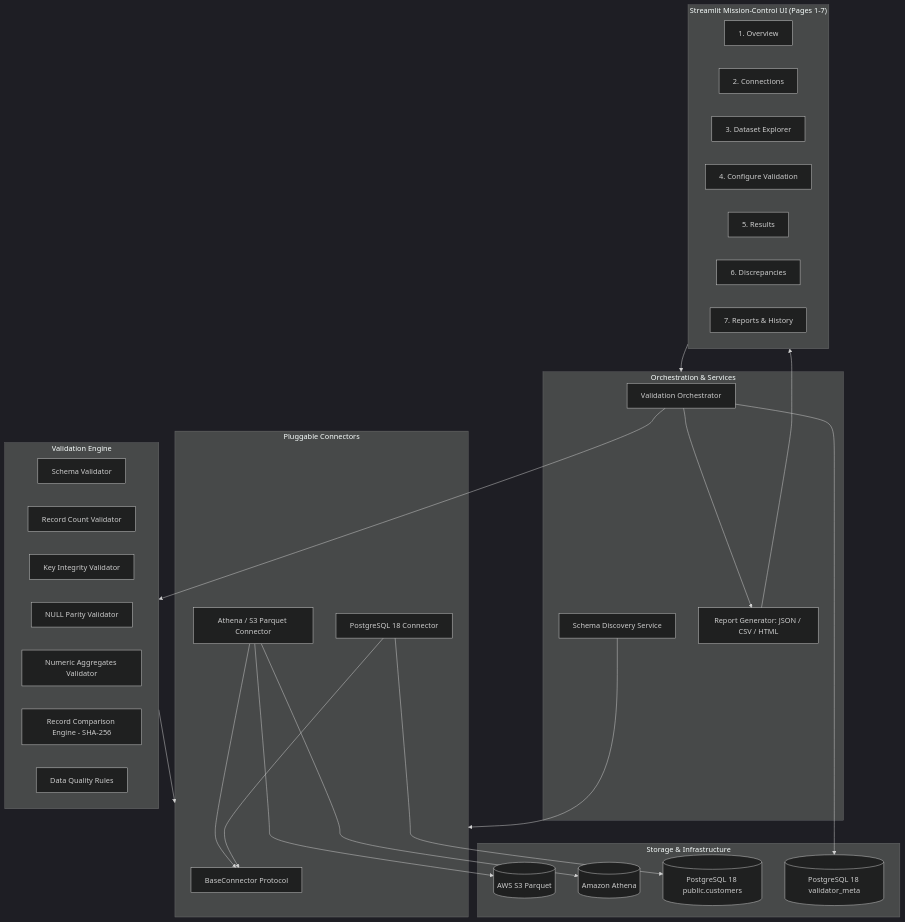
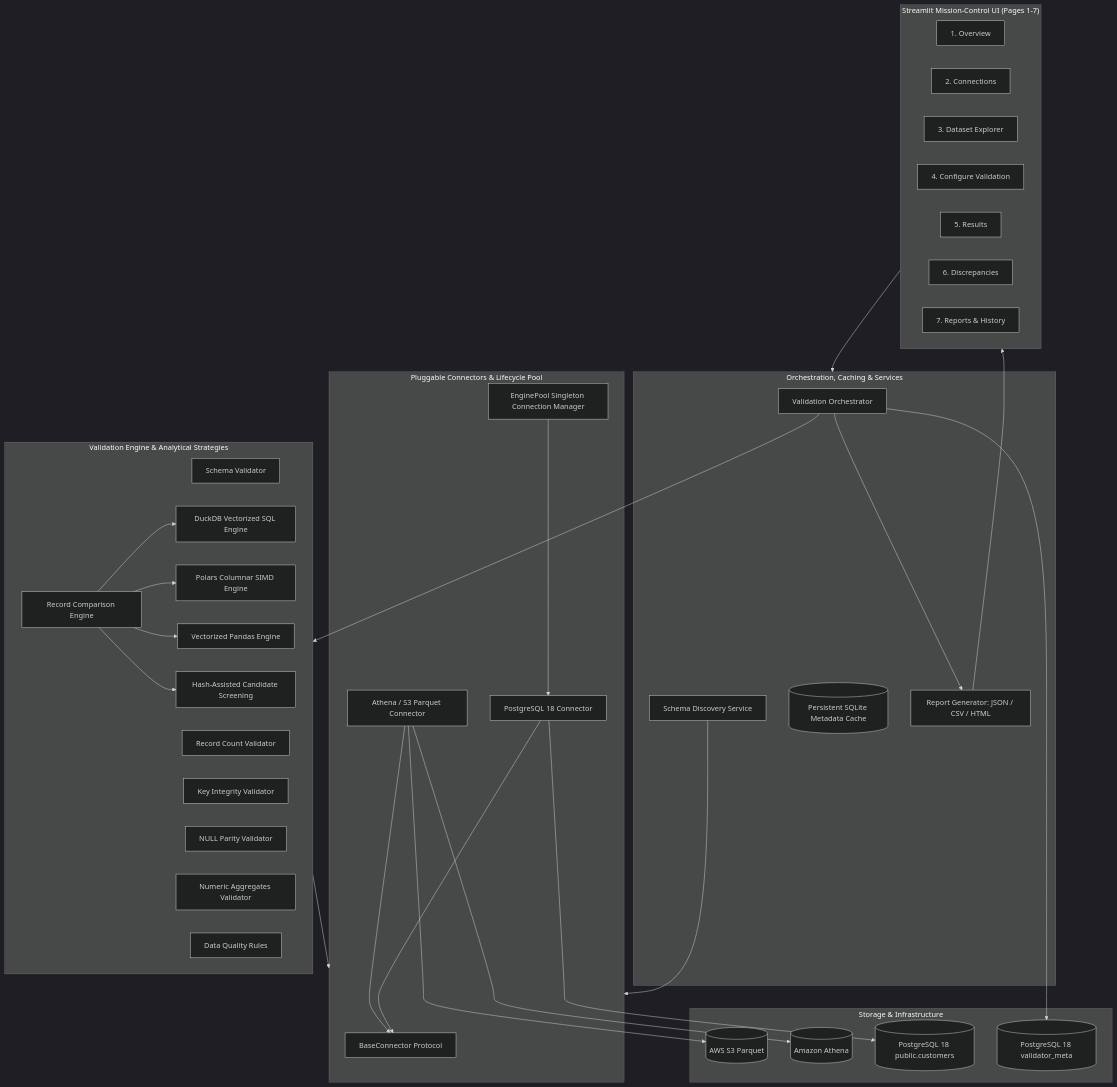
Before and after one commit to loksai-codes/DataValidationTool: the diagram in docs/ARCHITECTURE.md, drawn with Mermaid (dark theme). The commit also changed 27 other files, not shown here.

Commit message:
feat: add high-performance benchmark suite, DuckDB/Polars engines, and caching layer

````diff
--- a/docs/ARCHITECTURE.md
+++ b/docs/ARCHITECTURE.md
@@ -7,54 +7,61 @@
 ```mermaid
 graph TD
     subgraph UI ["Streamlit Mission-Control UI (Pages 1-7)"]
         OV[1. Overview]
         CN[2. Connections]
         DE[3. Dataset Explorer]
         CV[4. Configure Validation]
         RS[5. Results]
         DC[6. Discrepancies]
         RH[7. Reports & History]
     end
 
-    subgraph ORCH ["Orchestration & Services"]
+    subgraph ORCH ["Orchestration, Caching & Services"]
         VO[Validation Orchestrator]
         SD[Schema Discovery Service]
+        MC[(Persistent SQLite Metadata Cache)]
         RG[Report Generator: JSON / CSV / HTML]
     end
 
-    subgraph ENGINE ["Validation Engine"]
+    subgraph ENGINE ["Validation Engine & Analytical Strategies"]
         SV[Schema Validator]
         RC[Record Count Validator]
         KV[Key Integrity Validator]
         NV[NULL Parity Validator]
         AV[Numeric Aggregates Validator]
-        RCE[Record Comparison Engine - SHA-256]
+        RCE[Record Comparison Engine]
+        RCE --> DUCK[DuckDB Vectorized SQL Engine]
+        RCE --> POL[Polars Columnar SIMD Engine]
+        RCE --> PAN[Vectorized Pandas Engine]
+        RCE --> HASH[Hash-Assisted Candidate Screening]
         DQ[Data Quality Rules]
     end
 
-    subgraph CONNECTORS ["Pluggable Connectors"]
+    subgraph CONNECTORS ["Pluggable Connectors & Lifecycle Pool"]
         BC[BaseConnector Protocol]
+        EP[EnginePool Singleton Connection Manager]
         AC[Athena / S3 Parquet Connector]
         PC[PostgreSQL 18 Connector]
+        EP --> PC
     end
 
     subgraph DATA_SOURCES ["Storage & Infrastructure"]
         S3[(AWS S3 Parquet)]
         ATH[(Amazon Athena)]
         PG[(PostgreSQL 18 public.customers)]
         META[(PostgreSQL 18 validator_meta)]
     end
 
     UI --> ORCH
     VO --> ENGINE
     VO --> RG
     SD --> CONNECTORS
     ENGINE --> CONNECTORS
     AC --> BC
     PC --> BC
     AC --> ATH
     AC --> S3
     PC --> PG
     VO --> META
     RG --> UI
 ```
````
